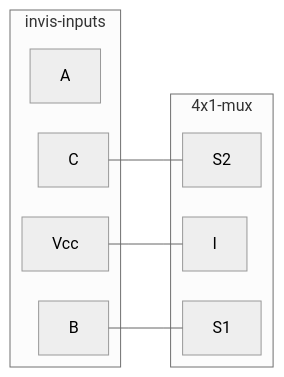
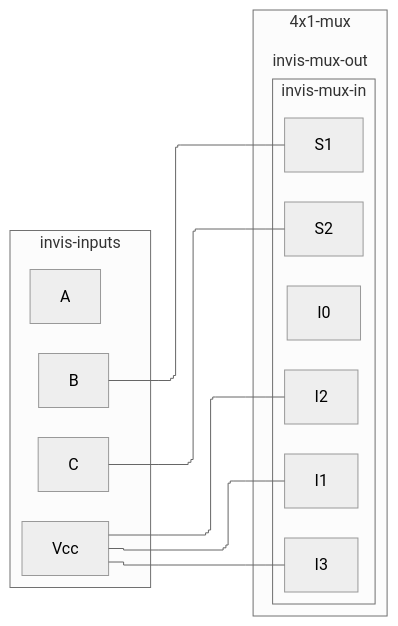
One commit to tnichols217/notes changed the fourth of 4 diagrams in CSDS 281 - Logic Design/HW/7/tables.md. Above: the diagram before and after it, drawn with Mermaid (neutral theme).

Commit message:
vault backup: 2024-03-27 11:59:14

````diff
--- a/CSDS 281 - Logic Design/HW/7/tables.md
+++ b/CSDS 281 - Logic Design/HW/7/tables.md
@@ -150,15 +150,21 @@
 ```mermaid
 %%{ init: { 'flowchart': { 'curve': 'stepBefore', "defaultRenderer": "elk" } } }%%
 flowchart LR
 subgraph invis-inputs
 A
 B
 C
 Vcc
 end
 subgraph 4x1-mux
-Vcc --- I
+subgraph invis-mux-in
+I0
+Vcc --- I1 & I2 & I3
 B --- S1
 C --- S2
 end
+subgraph invis-mux-out
+
+end
+end
 ```
````
